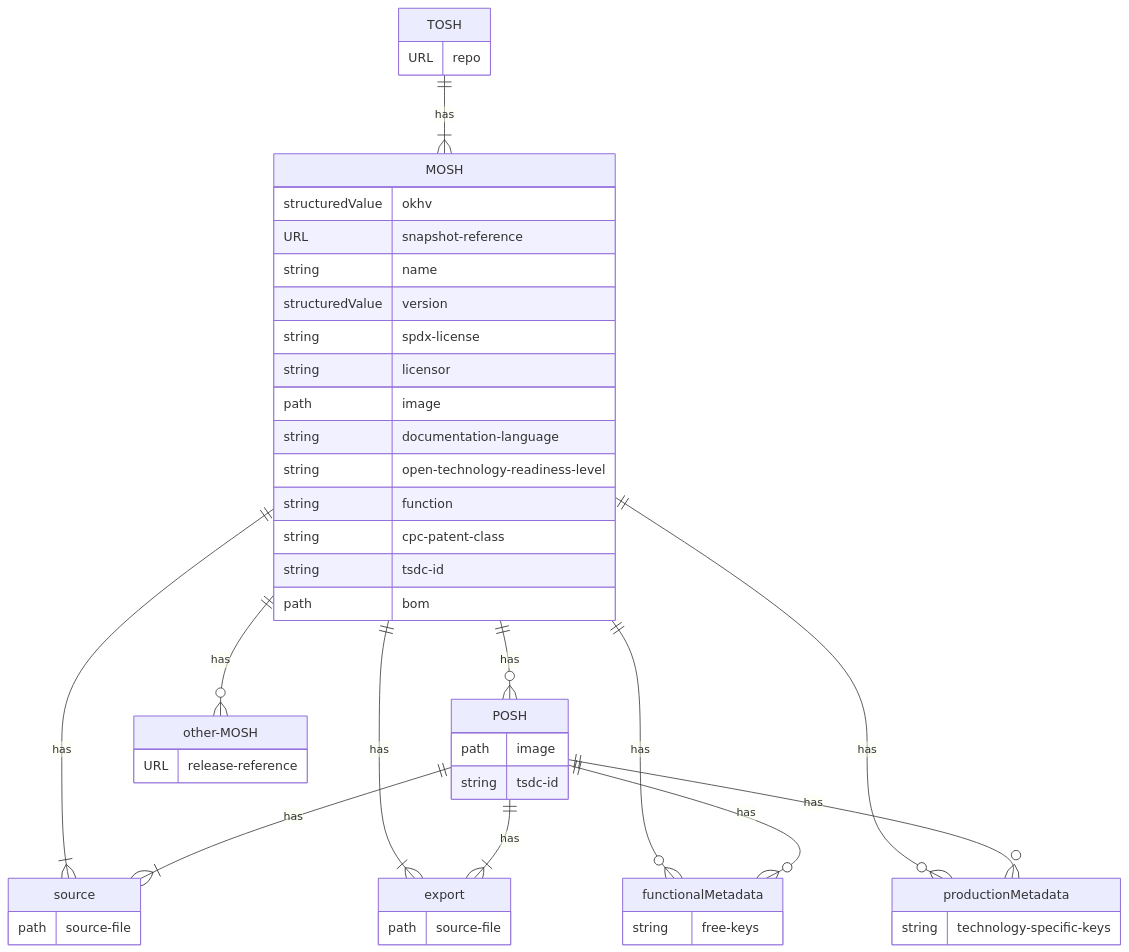
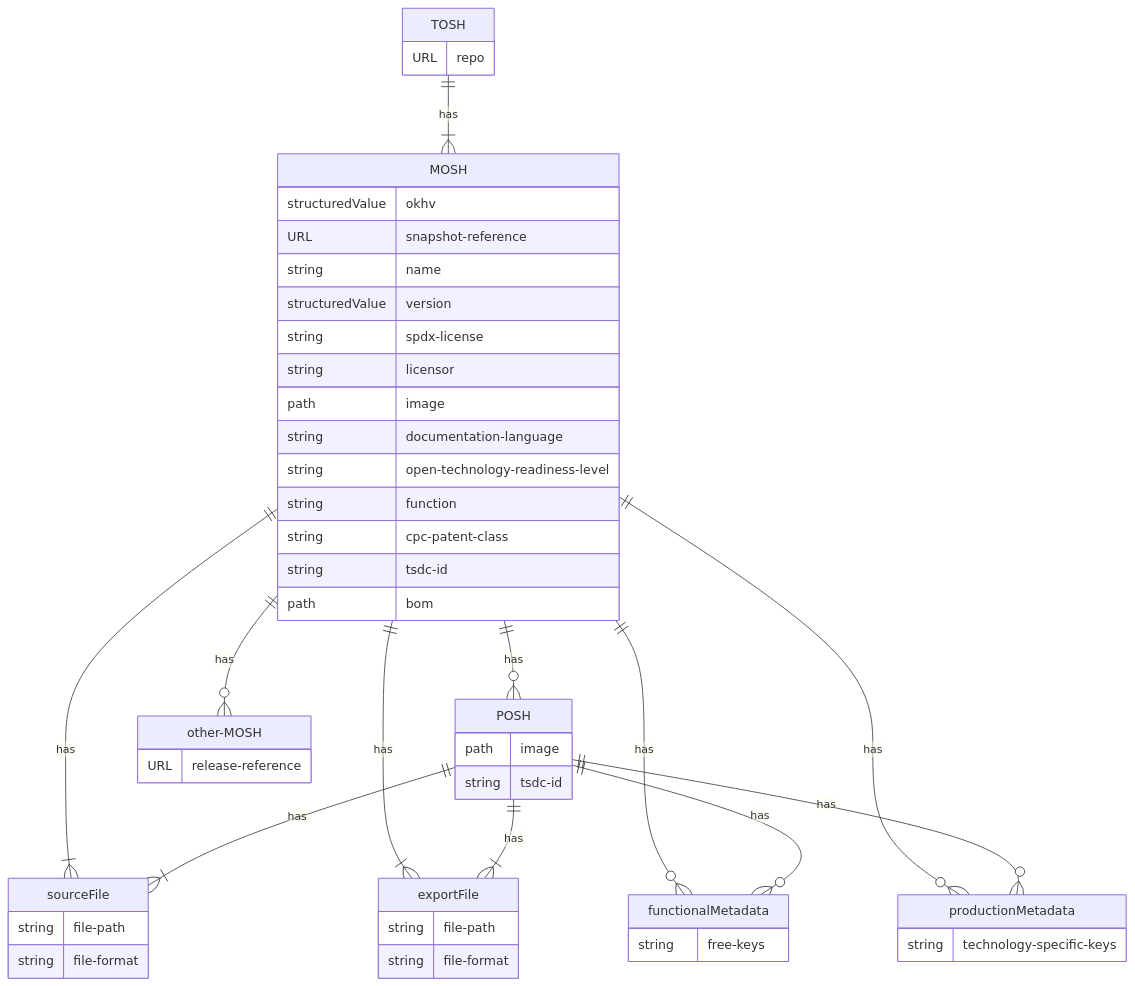
The diagram in entity-relationship-diagram.md (OPEN-NEXT/OKH-LOSH), drawn with Mermaid before and after one commit. The commit also changed other lines of this file, not shown here.

Commit message:
add fileformat

````diff
--- a/entity-relationship-diagram.md
+++ b/entity-relationship-diagram.md
@@ -6,52 +4,54 @@
 ``` mermaid
 erDiagram
     TOSH ||--|{ MOSH : has
-    MOSH ||--|{ source : has
-    MOSH ||--|{ export : has
+    MOSH ||--|{ sourceFile : has
+    MOSH ||--|{ exportFile : has
     MOSH ||--o{ POSH : has
     MOSH ||--o{ other-MOSH : has
     MOSH ||--o{ functionalMetadata : has
     MOSH ||--o{ productionMetadata : has
     POSH ||--o{ functionalMetadata : has
     POSH ||--o{ productionMetadata : has
-    POSH ||--|{ source : has
-    POSH ||--|{ export : has
+    POSH ||--|{ sourceFile : has
+    POSH ||--|{ exportFile : has
     TOSH {
         URL repo
     }
     MOSH {
         structuredValue okhv
         URL snapshot-reference
         string name
         structuredValue version
         string spdx-license
         string licensor
         path image
         string documentation-language
         string open-technology-readiness-level
         string function
         string cpc-patent-class
         string tsdc-id
         path bom
     }
     POSH {
         path image
         string tsdc-id
     }
-    source {
-        path source-file
+    sourceFile {
+        string file-path
+        string file-format
     }
-    export {
-        path source-file
+    exportFile {
+        string file-path
+        string file-format
     }
     functionalMetadata {
         string free-keys
     }
     productionMetadata {
         string technology-specific-keys
     }
     other-MOSH {
     URL release-reference
     }
     
 ```
````
